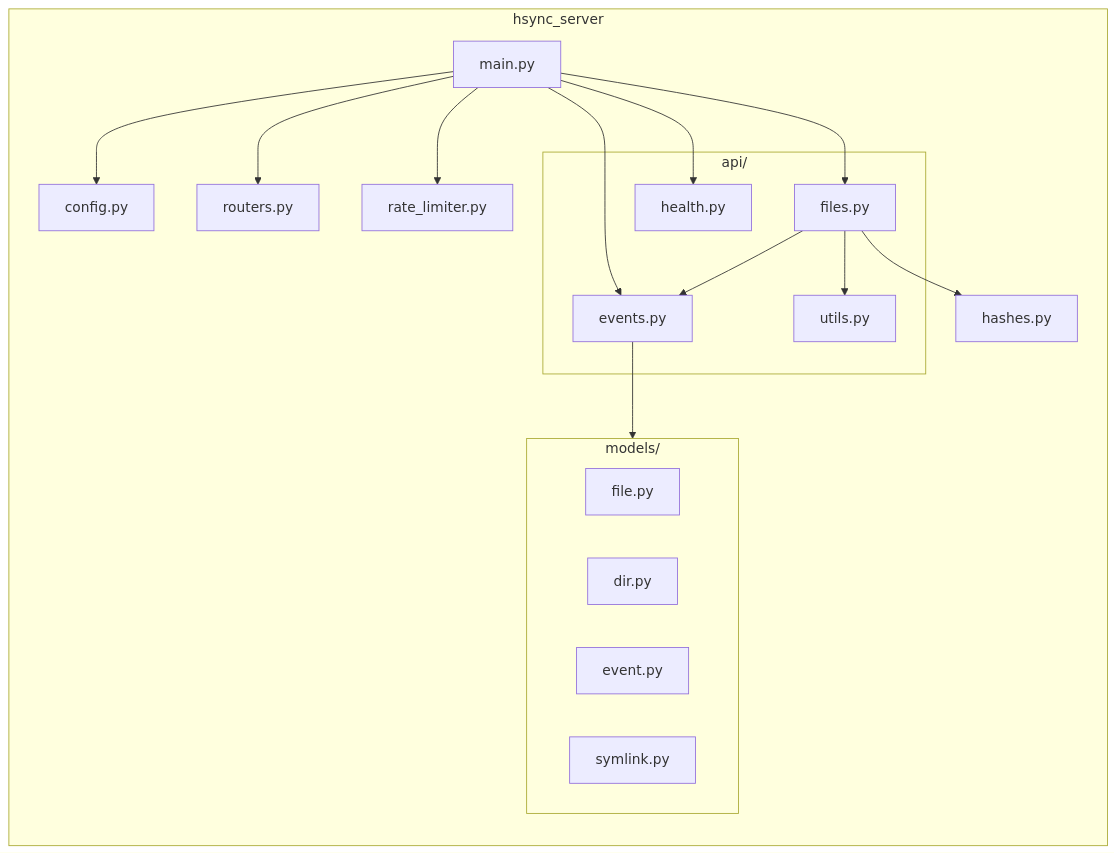
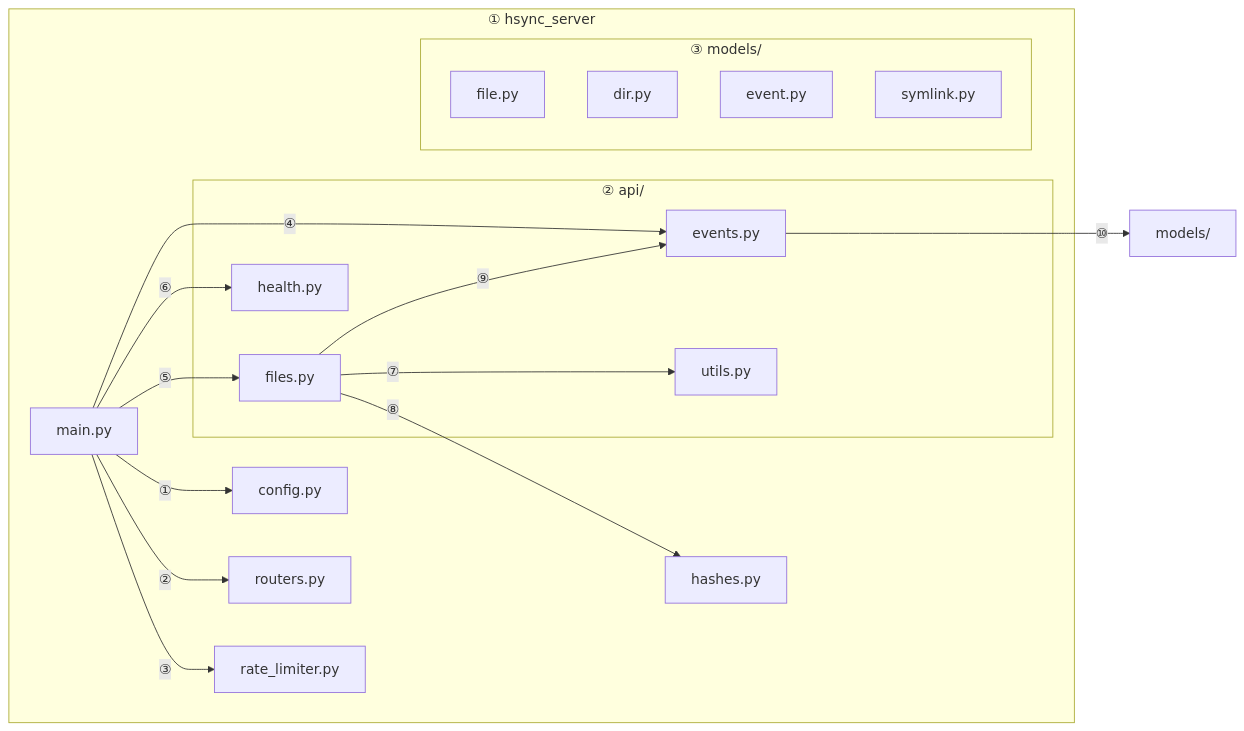
One commit to albertsdk/hsync-server changed the second of 4 diagrams in docs/architecture.md. Above: the diagram before and after it, drawn with Mermaid. The commit also changed other lines of this file and 17 other files, not shown here.

First line of the commit message:
Add numbered phases to documentation diagrams

````diff
--- a/docs/architecture.md
+++ b/docs/architecture.md
@@ -70,37 +70,37 @@
 ```mermaid
 graph LR
-    subgraph "hsync_server"
+    subgraph "① hsync_server"
         main[main.py]
         config[config.py]
         routers[routers.py]
         hashes[hashes.py]
         rate_limiter[rate_limiter.py]
-        
-        subgraph "api/"
+
+        subgraph "② api/"
             events[events.py]
             files[files.py]
             health[health.py]
             utils[utils.py]
         end
-        
-        subgraph "models/"
+
+        subgraph "③ models/"
             file[file.py]
             dir[dir.py]
             event[event.py]
             symlink[symlink.py]
         end
     end
 
-    main --> config
-    main --> routers
-    main --> rate_limiter
-    main --> events
-    main --> files
-    main --> health
-    
-    files --> utils
-    files --> hashes
-    files --> events
-    
-    events --> models/
+    main -->|"①"| config
+    main -->|"②"| routers
+    main -->|"③"| rate_limiter
+    main -->|"④"| events
+    main -->|"⑤"| files
+    main -->|"⑥"| health
+
+    files -->|"⑦"| utils
+    files -->|"⑧"| hashes
+    files -->|"⑨"| events
+
+    events -->|"⑩"| models/
 ```
````
